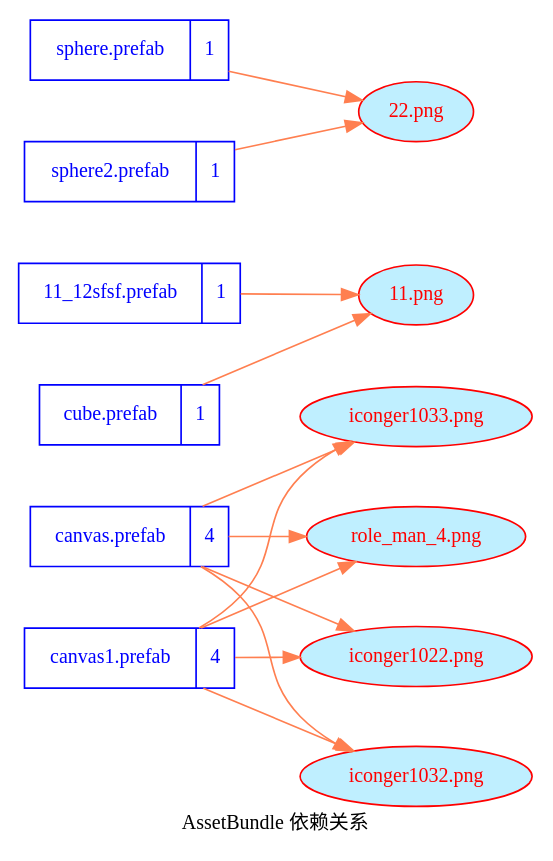
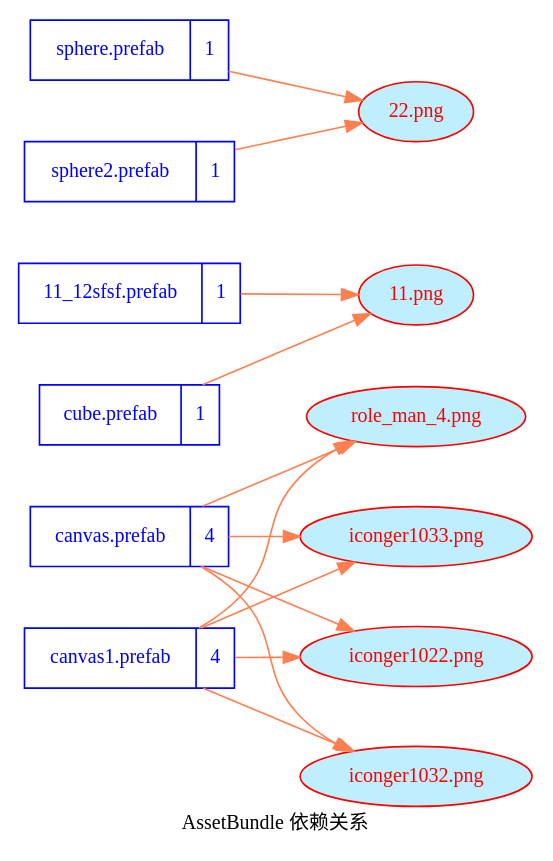
One commit to songtm/ABSystem changed the diagram in Assets/StreamingAssets/AssetBundles/00dep.dot. Above: the diagram before and after it, drawn with Graphviz. The commit also changed other lines of this file and 20 other files, not shown here.

```diff
--- a/Assets/StreamingAssets/AssetBundles/00dep.dot
+++ b/Assets/StreamingAssets/AssetBundles/00dep.dot
@@ -1,45 +1,45 @@
 digraph dep {
     fontname = "Microsoft YaHei";
     label = "AssetBundle 依赖关系"
     nodesep=0.5
     rankdir = "LR"
     fontsize = 12;
     node [ fontname = "Microsoft YaHei", fontsize = 12, shape = "record" color="skyblue"];
     edge [ fontname = "Microsoft YaHei", fontsize = 12 , color="coral"];
 	"canvas.prefab" [color="blue", fontcolor="blue", label="{<f0> canvas.prefab |<f1> 4 }"]
 	"canvas1.prefab" [color="blue", fontcolor="blue", label="{<f0> canvas1.prefab |<f1> 4 }"]
 	"11_12sfsf.prefab" [color="blue", fontcolor="blue", label="{<f0> 11_12sfsf.prefab |<f1> 1 }"]
 	"cube.prefab" [color="blue", fontcolor="blue", label="{<f0> cube.prefab |<f1> 1 }"]
 	"sphere.prefab" [color="blue", fontcolor="blue", label="{<f0> sphere.prefab |<f1> 1 }"]
 	"sphere2.prefab" [color="blue", fontcolor="blue", label="{<f0> sphere2.prefab |<f1> 1 }"]
 	"iconger1022.png" [color="red", fontcolor="red", shape="ellipse", fillcolor="lightblue1", style="filled"]
 	"iconger1032.png" [color="red", fontcolor="red", shape="ellipse", fillcolor="lightblue1", style="filled"]
+	"role_man_4.png" [color="red", fontcolor="red", shape="ellipse", fillcolor="lightblue1", style="filled"]
 	"iconger1033.png" [color="red", fontcolor="red", shape="ellipse", fillcolor="lightblue1", style="filled"]
-	"role_man_4.png" [color="red", fontcolor="red", shape="ellipse", fillcolor="lightblue1", style="filled"]
 	"11.png" [color="red", fontcolor="red", shape="ellipse", fillcolor="lightblue1", style="filled"]
 	"22.png" [color="red", fontcolor="red", shape="ellipse", fillcolor="lightblue1", style="filled"]
 	"canvas.prefab"->"iconger1022.png"
 	"canvas.prefab"->"iconger1032.png"
+	"canvas.prefab"->"role_man_4.png"
 	"canvas.prefab"->"iconger1033.png"
-	"canvas.prefab"->"role_man_4.png"
 
 	"canvas1.prefab"->"iconger1022.png"
 	"canvas1.prefab"->"iconger1032.png"
+	"canvas1.prefab"->"role_man_4.png"
 	"canvas1.prefab"->"iconger1033.png"
-	"canvas1.prefab"->"role_man_4.png"
 
 	"11_12sfsf.prefab"->"11.png"
 
 	"cube.prefab"->"11.png"
 
 	"sphere.prefab"->"22.png"
 
 	"sphere2.prefab"->"22.png"
 
 
 
 
 
 
 
 }
```
